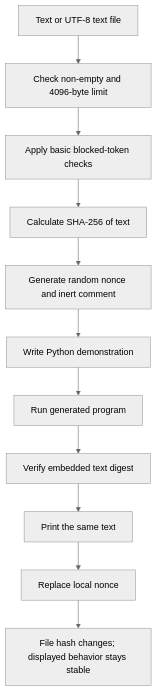
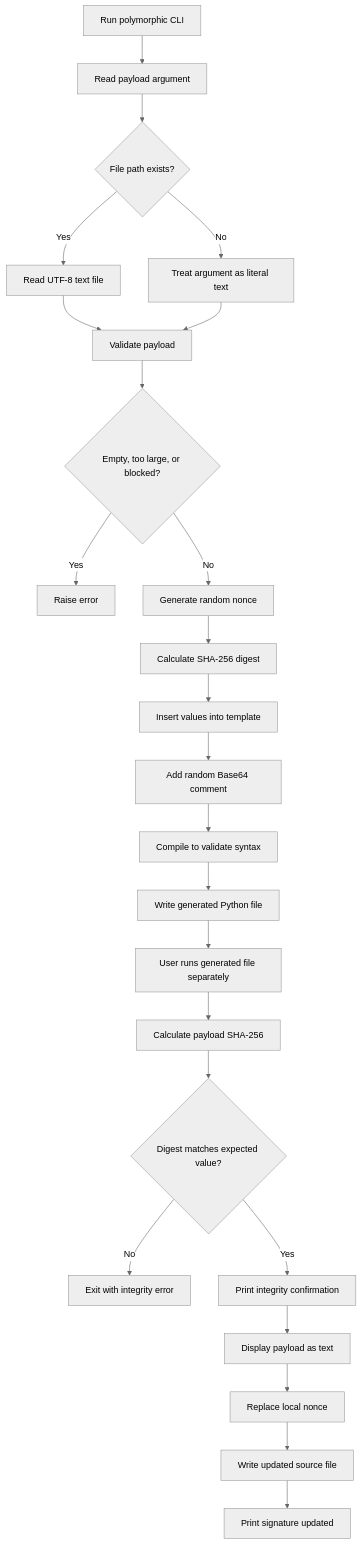
Before and after one commit to fahdaguenouz/hidden-bytes: the sixth of 7 diagrams in README.md, drawn with Mermaid (neutral theme). The commit also changed 1 other file, not shown here.

Commit message:
adding diagram for poly

````diff
--- a/README.md
+++ b/README.md
@@ -602,13 +602,28 @@
 ```mermaid
 flowchart TD
-    A[Text or UTF-8 text file] --> B[Check non-empty and 4096-byte limit]
-    B --> C[Apply basic blocked-token checks]
-    C --> D[Calculate SHA-256 of text]
-    D --> E[Generate random nonce and inert comment]
-    E --> F[Write Python demonstration]
-    F --> G[Run generated program]
-    G --> H[Verify embedded text digest]
-    H --> I[Print the same text]
-    I --> J[Replace local nonce]
-    J --> K[File hash changes; displayed behavior stays stable]
+    A["Run polymorphic CLI"] --> B["Read payload argument"]
+    B --> C{"File path exists?"}
+    C -->|Yes| D["Read UTF-8 text file"]
+    C -->|No| E["Treat argument as literal text"]
+    D --> F["Validate payload"]
+    E --> F
+
+    F --> G{"Empty, too large, or blocked?"}
+    G -->|Yes| H["Raise error"]
+    G -->|No| I["Generate random nonce"]
+    I --> J["Calculate SHA-256 digest"]
+    J --> K["Insert values into template"]
+    K --> L["Add random Base64 comment"]
+    L --> M["Compile to validate syntax"]
+    M --> N["Write generated Python file"]
+
+    N --> O["User runs generated file separately"]
+    O --> P["Calculate payload SHA-256"]
+    P --> Q{"Digest matches expected value?"}
+    Q -->|No| R["Exit with integrity error"]
+    Q -->|Yes| S["Print integrity confirmation"]
+    S --> T["Display payload as text"]
+    T --> U["Replace local nonce"]
+    U --> V["Write updated source file"]
+    V --> W["Print signature updated"]
 ```
````
